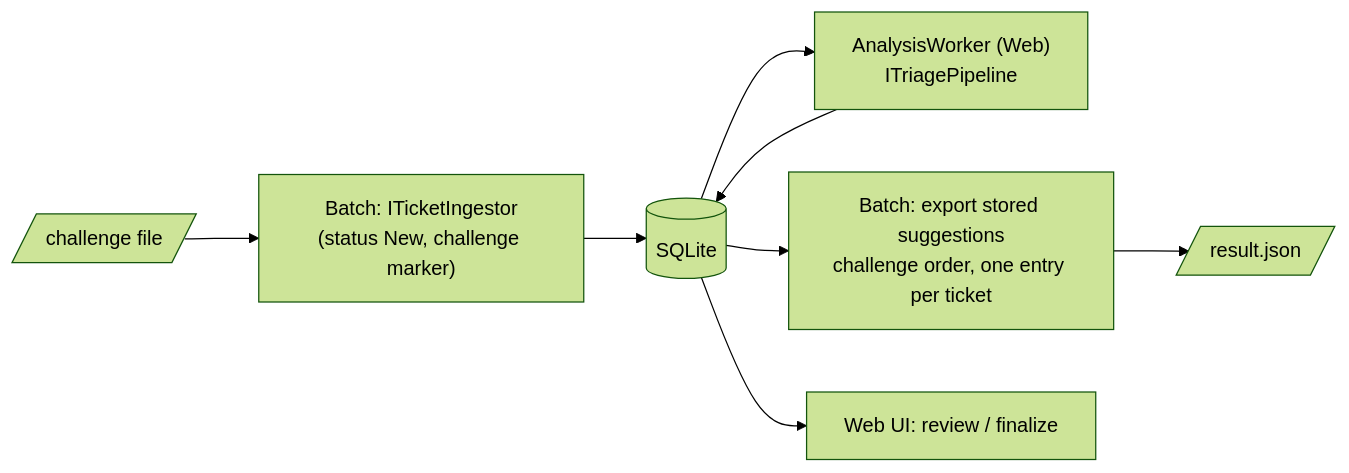
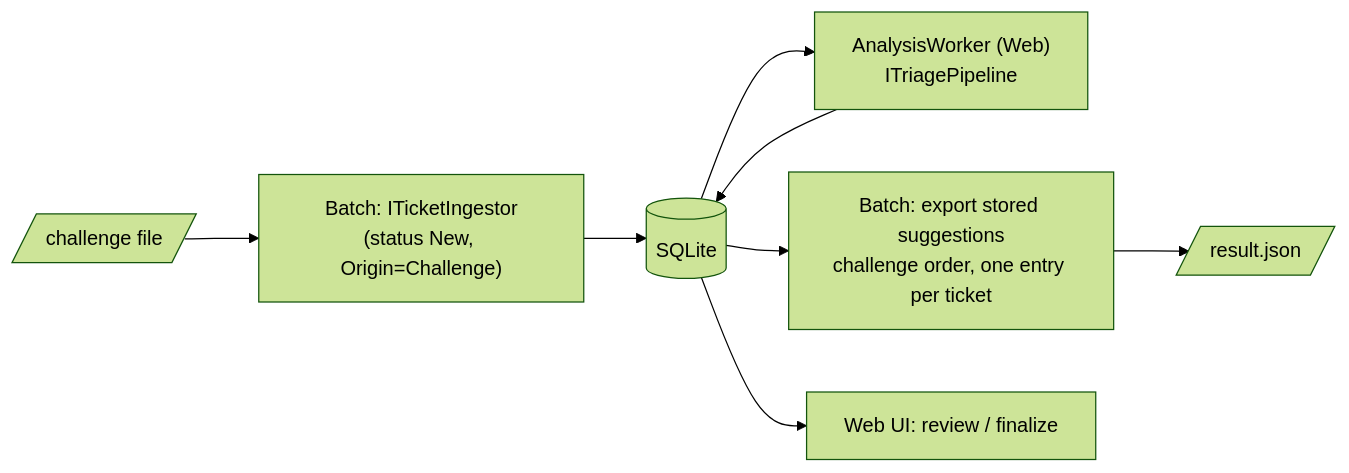
Before and after one commit to githubfawu/TriAIge: the eighth of 8 diagrams in docs/architecture.md, drawn with Mermaid (forest theme). The commit also changed other lines of this file, not shown here.

````diff
--- a/docs/architecture.md
+++ b/docs/architecture.md
@@ -279,10 +278,10 @@
 ```mermaid
 flowchart LR
-    c[/challenge file/] --> B1["Batch: ITicketIngestor<br/>(status New, challenge marker)"]
+    c[/challenge file/] --> B1["Batch: ITicketIngestor<br/>(status New, Origin=Challenge)"]
     B1 --> D[(SQLite)]
     D --> W["AnalysisWorker (Web)<br/>ITriagePipeline"]
     W --> D
     D --> B2["Batch: export stored suggestions<br/>challenge order, one entry per ticket"]
     B2 --> r[/result.json/]
     D --> UI["Web UI: review / finalize"]
 ```
````
